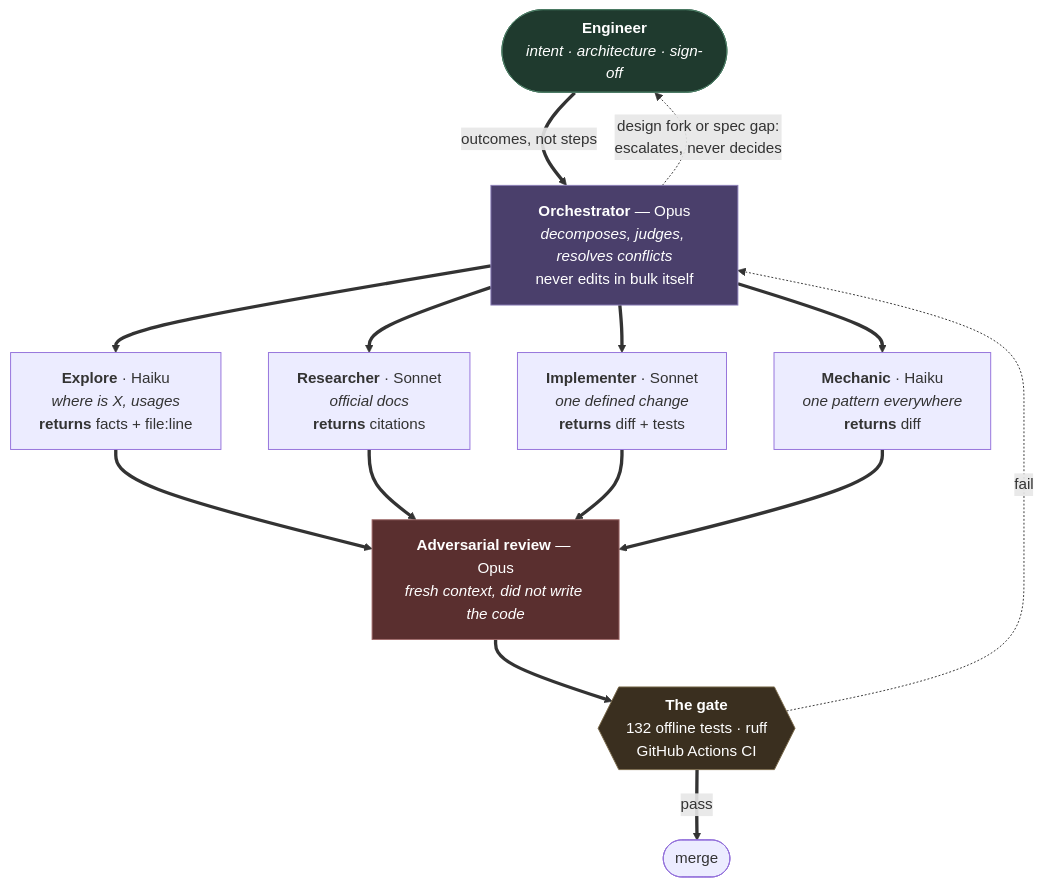
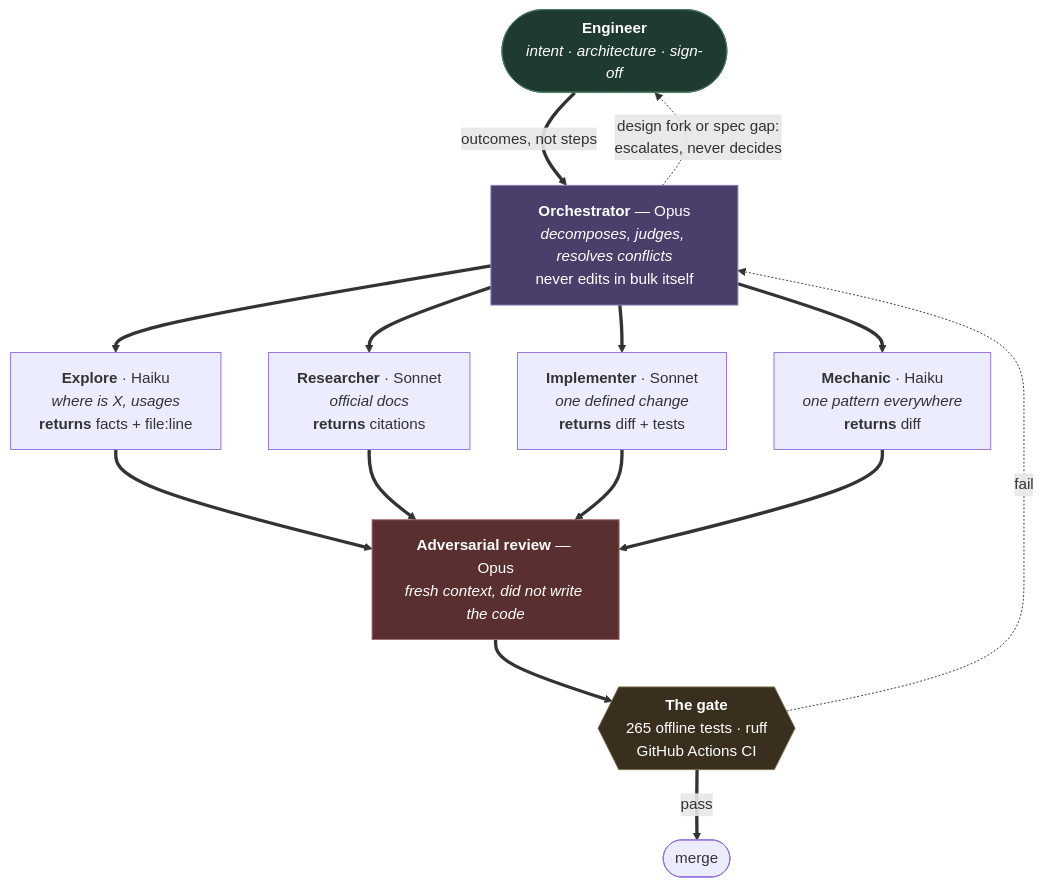
One commit to kageballs/joblist-engine changed the diagram in docs/how-this-was-built.md. Above: the diagram before and after it, drawn with Mermaid. The commit also changed other lines of this file and 6 other files, not shown here.

````diff
--- a/docs/how-this-was-built.md
+++ b/docs/how-this-was-built.md
@@ -15,29 +15,29 @@
 ```mermaid
 flowchart TD
     U(["<b>Engineer</b><br/><i>intent · architecture · sign-off</i>"])
     ORCH["<b>Orchestrator</b> — Opus<br/><i>decomposes, judges, resolves conflicts</i><br/>never edits in bulk itself"]
 
     U ==>|"outcomes, not steps"| ORCH
 
     ORCH ==> EX["<b>Explore</b> · Haiku<br/><i>where is X, usages</i><br/><b>returns</b> facts + file:line"]
     ORCH ==> RS["<b>Researcher</b> · Sonnet<br/><i>official docs</i><br/><b>returns</b> citations"]
     ORCH ==> IM["<b>Implementer</b> · Sonnet<br/><i>one defined change</i><br/><b>returns</b> diff + tests"]
     ORCH ==> ME["<b>Mechanic</b> · Haiku<br/><i>one pattern everywhere</i><br/><b>returns</b> diff"]
 
     EX ==> CR
     RS ==> CR
     IM ==> CR
     ME ==> CR
 
     CR["<b>Adversarial review</b> — Opus<br/><i>fresh context, did not write the code</i>"]
-    CR ==> GATE{{"<b>The gate</b><br/>132 offline tests · ruff<br/>GitHub Actions CI"}}
+    CR ==> GATE{{"<b>The gate</b><br/>265 offline tests · ruff<br/>GitHub Actions CI"}}
     GATE ==>|"pass"| MERGE([merge])
 
     GATE -.->|"fail"| ORCH
     ORCH -.->|"design fork or spec gap:<br/>escalates, never decides"| U
 
     style U fill:#1f3a2e,stroke:#4a7a63,color:#fff
     style ORCH fill:#4a3f6b,stroke:#8b7fb8,color:#fff
     style CR fill:#5a2f2f,stroke:#a06a6a,color:#fff
     style GATE fill:#3a2f1f,stroke:#7a6a4a,color:#fff
 ```
````
